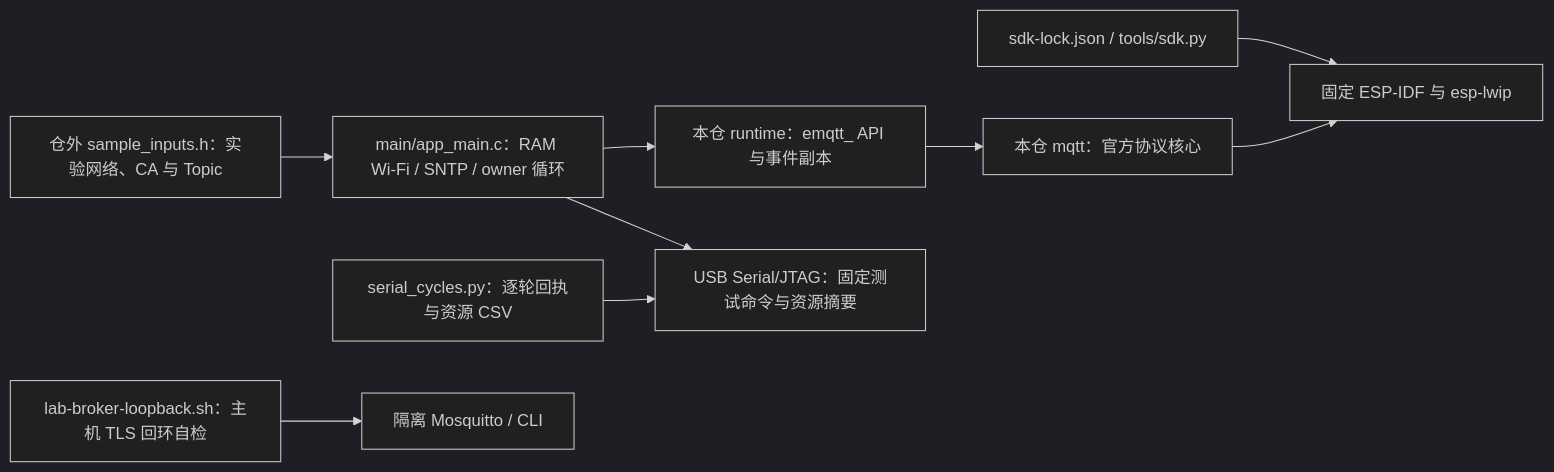
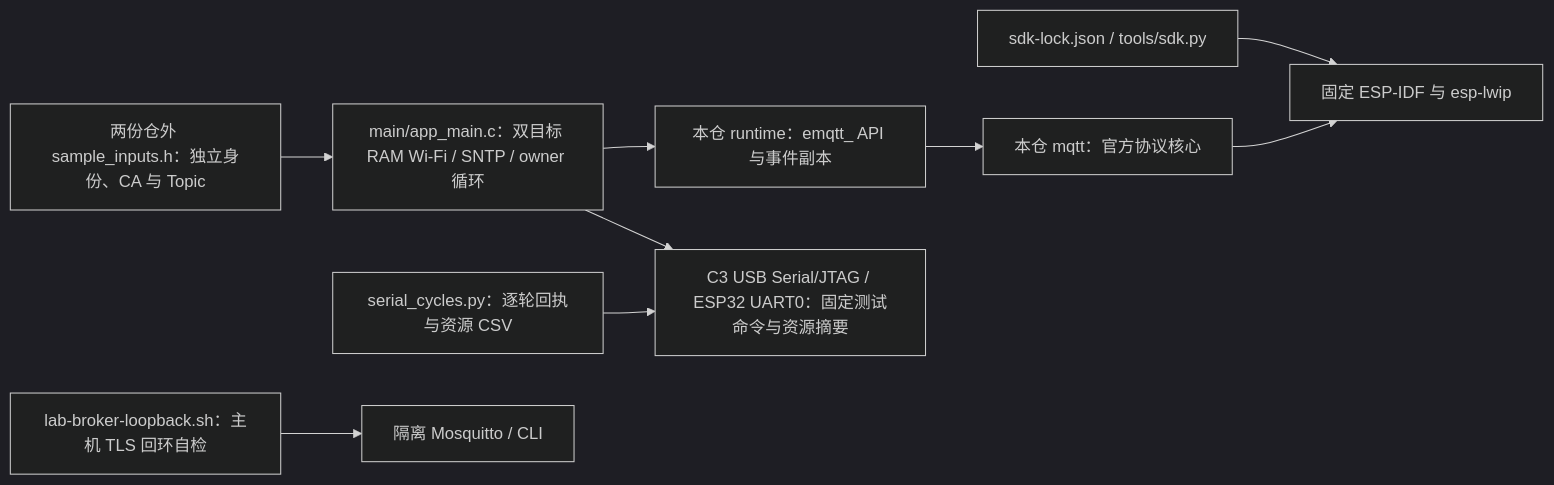
One commit to darren-you/esp-mqtt changed the diagram in examples/broker-client/README.md. Above: the diagram before and after it, drawn with Mermaid (dark theme). The commit also changed other lines of this file and 13 other files, not shown here.

````diff
--- a/examples/broker-client/README.md
+++ b/examples/broker-client/README.md
@@ -7,11 +7,11 @@
 ```mermaid
 flowchart LR
-    inputs["仓外 sample_inputs.h：实验网络、CA 与 Topic"] --> app["main/app_main.c：RAM Wi-Fi / SNTP / owner 循环"]
+    inputs["两份仓外 sample_inputs.h：独立身份、CA 与 Topic"] --> app["main/app_main.c：双目标 RAM Wi-Fi / SNTP / owner 循环"]
     app --> runtime["本仓 runtime：emqtt_ API 与事件副本"]
     runtime --> core["本仓 mqtt：官方协议核心"]
     lock["sdk-lock.json / tools/sdk.py"] --> idf["固定 ESP-IDF 与 esp-lwip"]
     core --> idf
-    app --> serial["USB Serial/JTAG：固定测试命令与资源摘要"]
+    app --> serial["C3 USB Serial/JTAG / ESP32 UART0：固定测试命令与资源摘要"]
     cycles["serial_cycles.py：逐轮回执与资源 CSV"] --> serial
     loopback["lab-broker-loopback.sh：主机 TLS 回环自检"] --> mosquitto["隔离 Mosquitto / CLI"]
 ```
````
